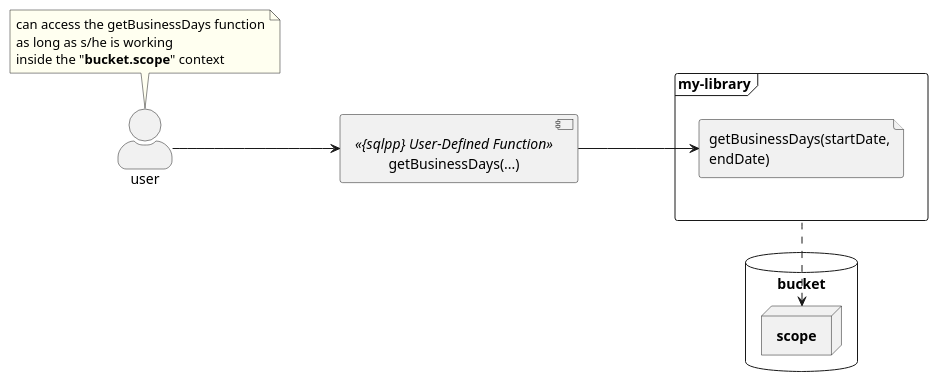
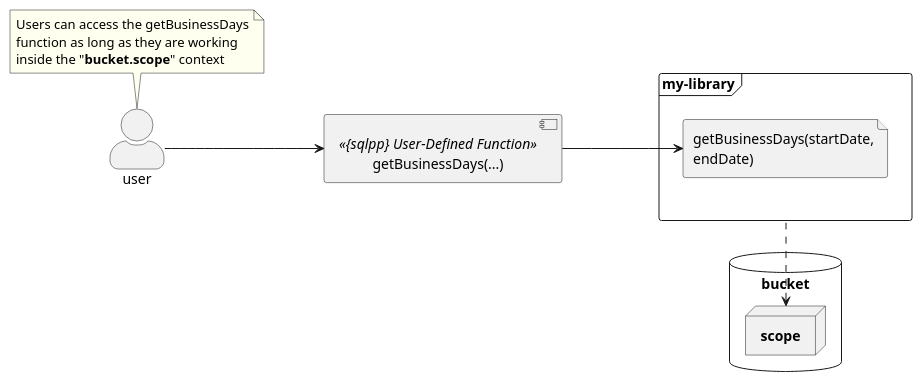
Before and after one commit to couchbaselabs/docs-devex: the diagram in modules/javascript-udfs/partials/diagrams/udf-scopes-diagram.puml, drawn with PlantUML. The commit also changed 56 other files, not shown here.

```diff
--- a/modules/javascript-udfs/partials/diagrams/udf-scopes-diagram.puml
+++ b/modules/javascript-udfs/partials/diagrams/udf-scopes-diagram.puml
@@ -1,41 +1,41 @@
 @startuml
 allow_mixing
 
 left to right direction
 skinparam actorStyle Awesome
 skinparam linetype polyline
 skinparam linetype ortho
 
 component "getBusinessDays(...)" <<{sqlpp} User-Defined Function>> as n1qlUDFunction
 
   frame "my-library" as MyLibrary {
   
    file "getBusinessDays(startDate, \nendDate)" as getBusinessDays
 
   }
 
 
 
 n1qlUDFunction ---> getBusinessDays 
 actor "user" as user
 
 
 
 database "bucket" as bucket {
   node "**scope**" as scope
 }
 
 
 scope <...r.... MyLibrary
 
 
 
 user --> n1qlUDFunction
 
 note top of user #Ivory
-  can access the getBusinessDays function
-  as long as s/he is working 
+  Users can access the getBusinessDays
+  function as long as they are working
   inside the "**bucket.scope**" context
 end note
 
 @enduml
```
